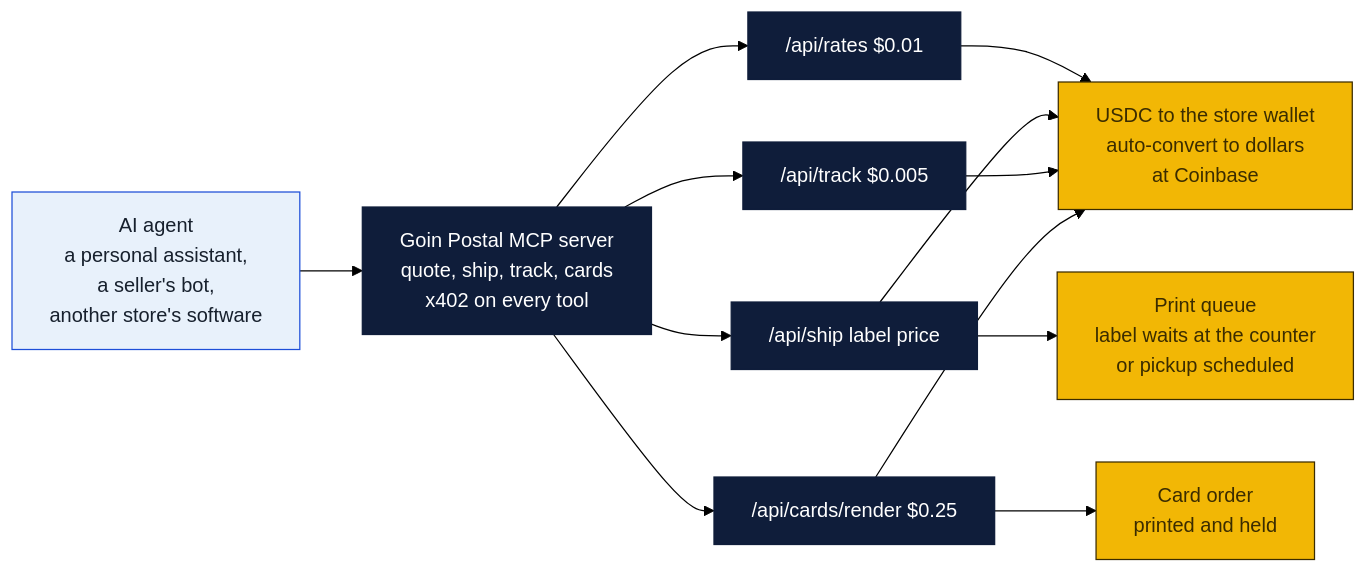
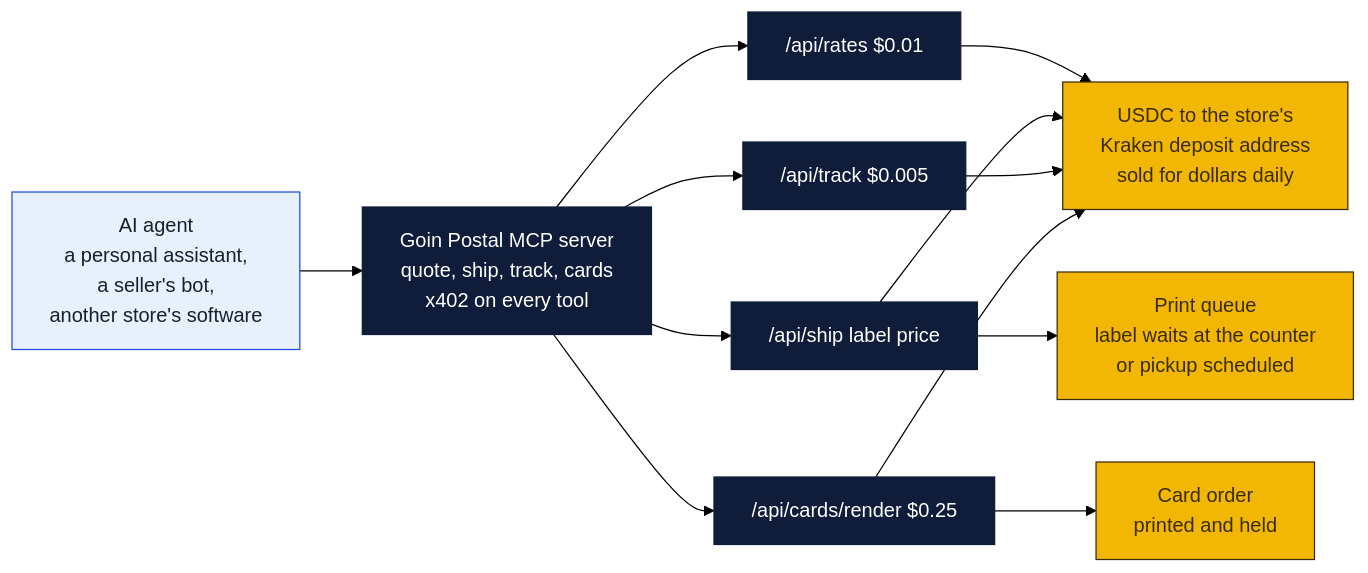
The second of 6 diagrams in monetization/x402/README.md (wbp318/goin-postal-forsythe), drawn with Mermaid (forest theme) before and after one commit. The commit also changed other lines of this file and 1 other file, not shown here.

First line of the commit message:
x402 plan: Kraken for the wallet, PayAI or self-hosted facilitator

````diff
--- a/monetization/x402/README.md
+++ b/monetization/x402/README.md
@@ -44,14 +44,14 @@
 ```mermaid
 flowchart LR
   AG["AI agent<br/>a personal assistant,<br/>a seller's bot,<br/>another store's software"]:::you --> MCP["Goin Postal MCP server<br/>quote, ship, track, cards<br/>x402 on every tool"]:::cloud
   MCP --> R["/api/rates $0.01"]:::cloud
   MCP --> S["/api/ship label price"]:::cloud
   MCP --> T["/api/track $0.005"]:::cloud
   MCP --> K["/api/cards/render $0.25"]:::cloud
   S --> PQ["Print queue<br/>label waits at the counter<br/>or pickup scheduled"]:::store
   K --> CQ["Card order<br/>printed and held"]:::store
-  R & S & T & K --> USDC["USDC to the store wallet<br/>auto-convert to dollars<br/>at Coinbase"]:::store
+  R & S & T & K --> USDC["USDC to the store's<br/>Kraken deposit address<br/>sold for dollars daily"]:::store
   classDef store fill:#f2b705,stroke:#3b2c00,color:#3b2c00
   classDef cloud fill:#0f1d3a,stroke:#0f1d3a,color:#ffffff
   classDef you fill:#e8f1fb,stroke:#1d4ed8,color:#17202d
 ```
````
